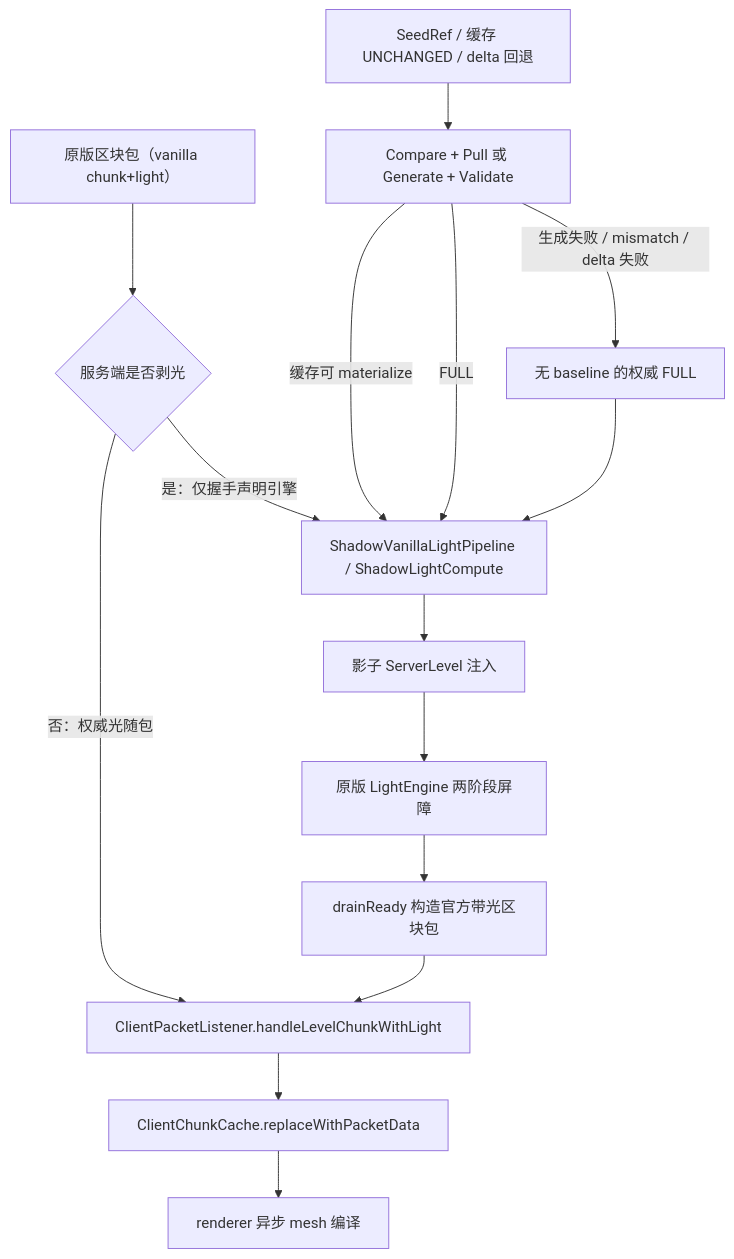
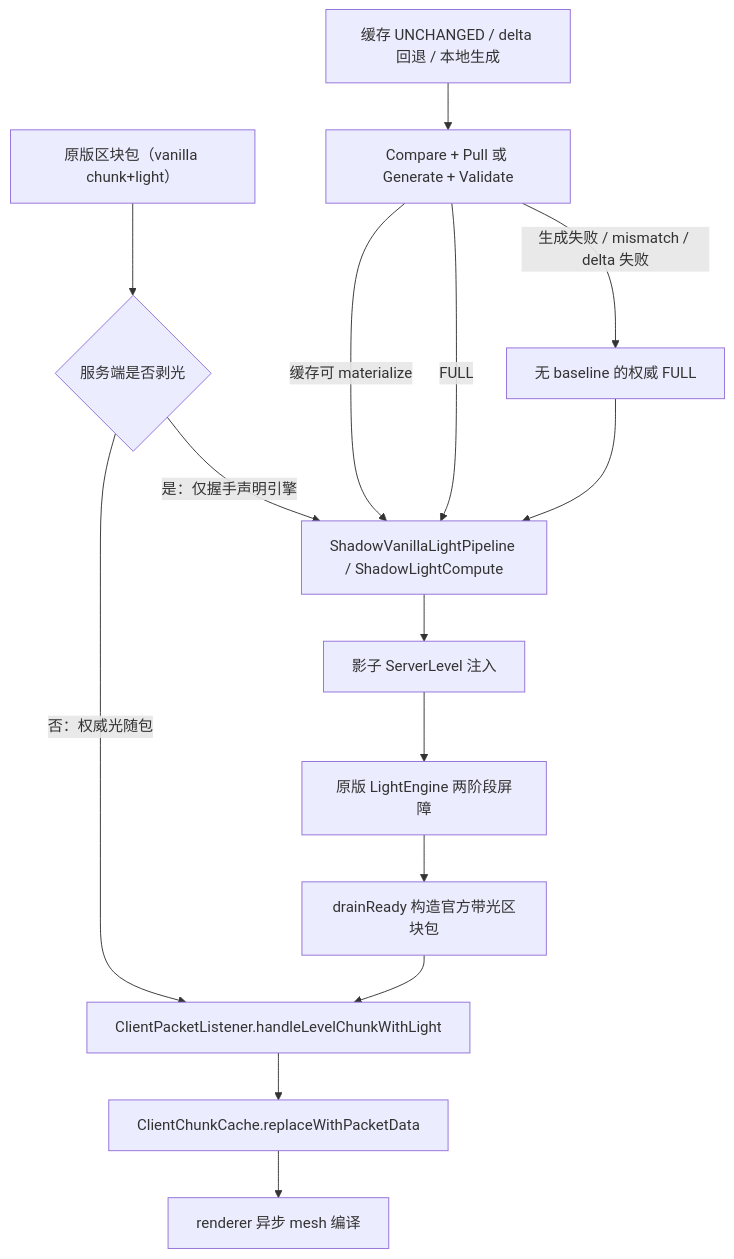
Before and after one commit to limuqy/Hassium: the diagram in docs/client-chunk-light-flow.md, drawn with Mermaid. The commit also changed 29 other files, not shown here.

````diff
--- a/docs/client-chunk-light-flow.md
+++ b/docs/client-chunk-light-flow.md
@@ -17,17 +17,17 @@
 ```mermaid
 flowchart TD
     A["原版区块包（vanilla chunk+light）"] --> B{"服务端是否剥光"}
     B -- "否：权威光随包" --> C["ClientPacketListener.handleLevelChunkWithLight"]
     B -- "是：仅握手声明引擎" --> D["ShadowVanillaLightPipeline / ShadowLightCompute"]
     D --> E["影子 ServerLevel 注入"]
     E --> F["原版 LightEngine 两阶段屏障"]
     F --> G["drainReady 构造官方带光区块包"]
     G --> C
-    H["SeedRef / 缓存 UNCHANGED / delta 回退"] --> I["Compare + Pull 或 Generate + Validate"]
+    H["缓存 UNCHANGED / delta 回退 / 本地生成"] --> I["Compare + Pull 或 Generate + Validate"]
     I -- "缓存可 materialize" --> D
     I -- "FULL" --> D
     I -- "生成失败 / mismatch / delta 失败" --> J["无 baseline 的权威 FULL"]
     J --> D
     C --> K["ClientChunkCache.replaceWithPacketData"]
     K --> L["renderer 异步 mesh 编译"]
 ```
````
